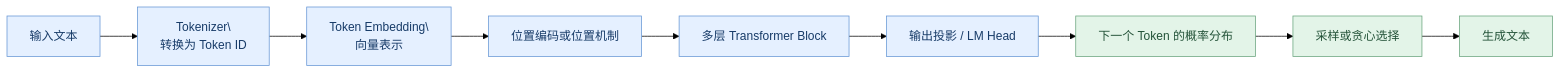
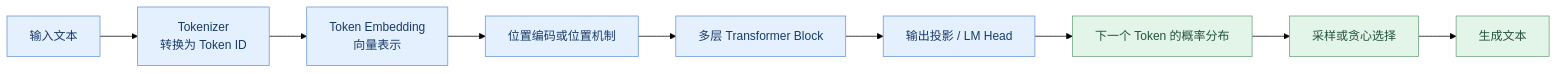
The first of 6 diagrams in 01-LLM-Fundamentals/01-Transformer.md (shufu151/Agent-Engineering-Handbook), drawn with Mermaid (forest theme) before and after one commit. The commit also changed other lines of this file, not shown here.

Commit message:
docs: improve Transformer math rendering

````diff
--- a/01-LLM-Fundamentals/01-Transformer.md
+++ b/01-LLM-Fundamentals/01-Transformer.md
@@ -44,29 +43,27 @@
 ```mermaid
-
 flowchart LR
 
-    A[输入文本] --> B[Tokenizer\<br/>转换为 Token ID]
+    A[输入文本] --> B[Tokenizer<br/>转换为 Token ID]
 
-    B --> C[Token Embedding\<br/>向量表示]
+    B --> C[Token Embedding<br/>向量表示]
 
-    C --> D[位置编码或位置机制]
+    C --> D[位置编码或位置机制]
 
-    D --> E[多层 Transformer Block]
+    D --> E[多层 Transformer Block]
 
-    E --> F[输出投影 / LM Head]
+    E --> F[输出投影 / LM Head]
 
-    F --> G[下一个 Token 的概率分布]
+    F --> G[下一个 Token 的概率分布]
 
-    G --> H[采样或贪心选择]
+    G --> H[采样或贪心选择]
 
-    H --> I[生成文本]
+    H --> I[生成文本]
 
-    classDef blue fill:#e5f0ff,stroke:#6696d5,color:#173b68;
+    classDef blue fill:#e5f0ff,stroke:#6696d5,color:#173b68;
 
-    classDef green fill:#e3f4e8,stroke:#69a47d,color:#245339;
+    classDef green fill:#e3f4e8,stroke:#69a47d,color:#245339;
 
-    class A,B,C,D,E,F blue;
+    class A,B,C,D,E,F blue;
 
-    class G,H,I green;
-
+    class G,H,I green;
 ```
````
